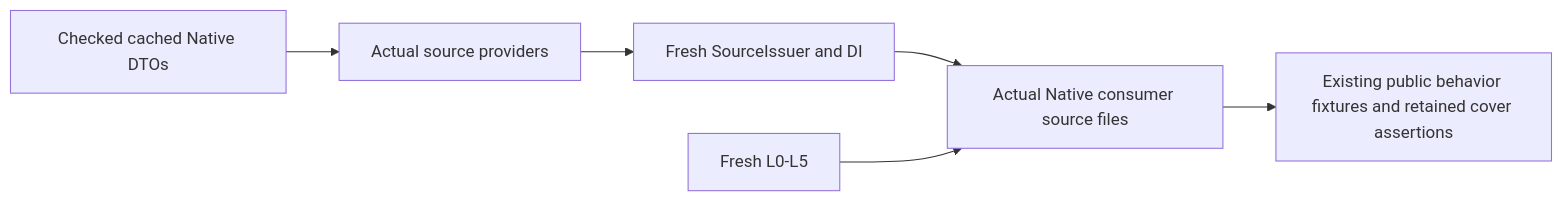
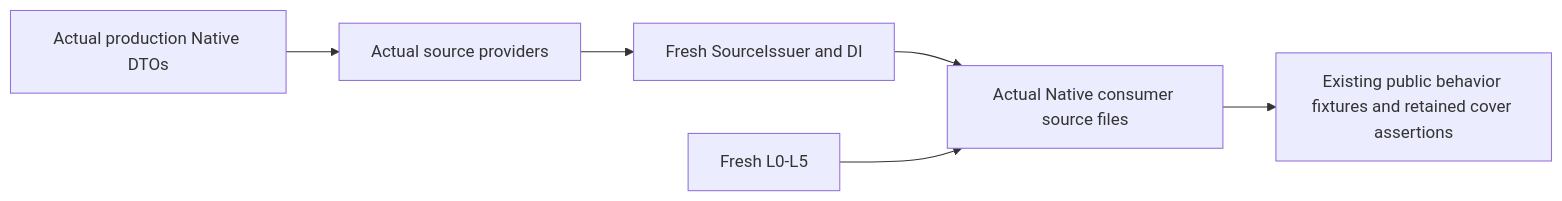
One commit to 1amageek/swift-CAD changed the diagram in Tests/OriginalDomainConsumerVerification/DESIGN.md. Above: the diagram before and after it, drawn with Mermaid. The commit also changed other lines of this file and 30 other files, not shown here.

````diff
--- a/Tests/OriginalDomainConsumerVerification/DESIGN.md
+++ b/Tests/OriginalDomainConsumerVerification/DESIGN.md
@@ -19,8 +21,8 @@
 ```mermaid
 flowchart LR
- C[Checked cached Native DTOs] --> A[Actual source providers]
+ C[Actual production Native DTOs] --> A[Actual source providers]
  A --> D[Fresh SourceIssuer and DI]
  D --> N[Actual Native consumer source files]
  L[Fresh L0-L5] --> N
  N --> P[Existing public behavior fixtures and retained cover assertions]
 ```
````
